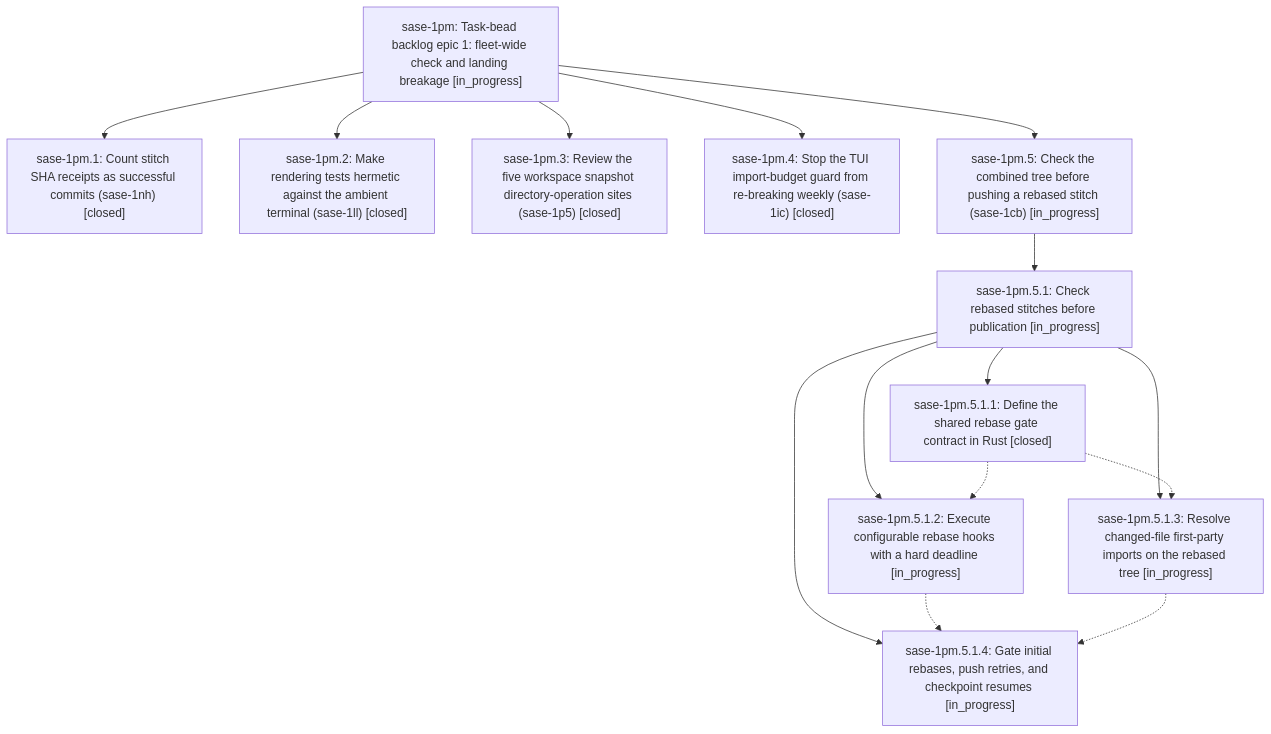
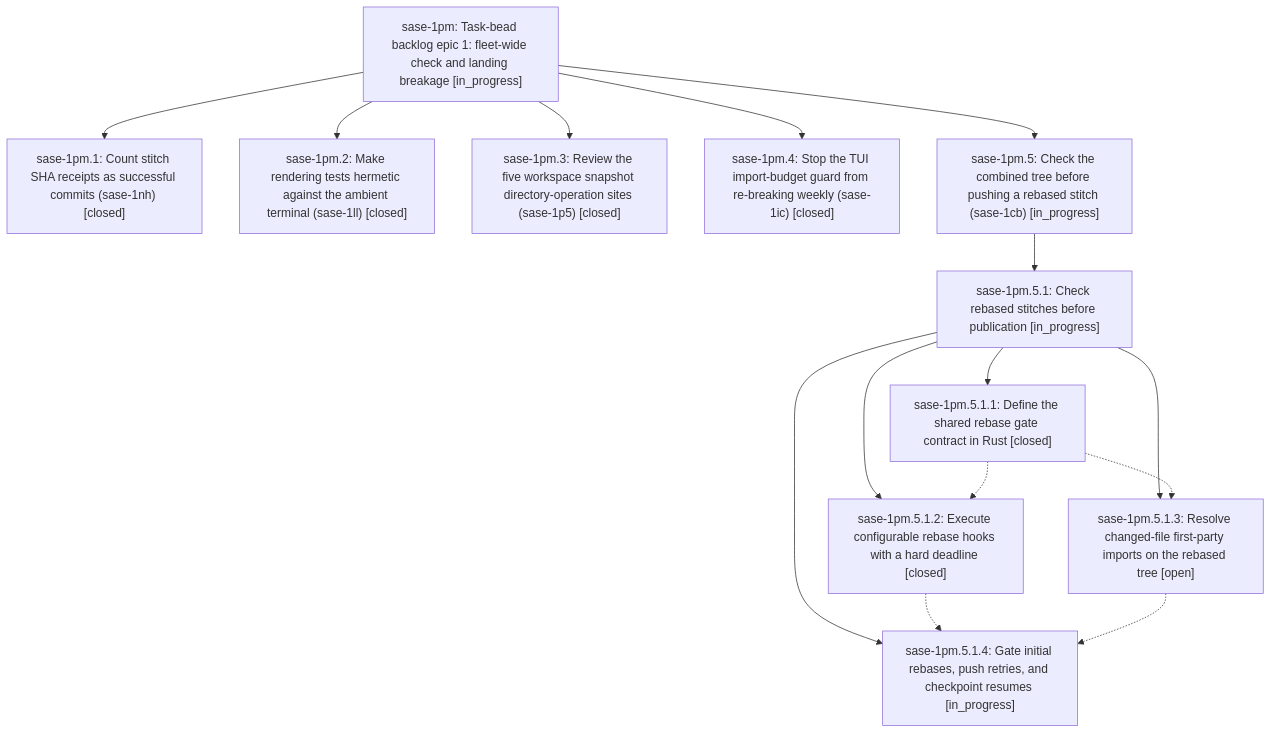
Before and after one commit to sase-org/sase--beads: the diagram in pages/sase-1pm/README.md, drawn with Mermaid. The commit also changed other lines of this file and 4 other files, not shown here.

````diff
--- a/pages/sase-1pm/README.md
+++ b/pages/sase-1pm/README.md
@@ -38,28 +38,28 @@
 ```mermaid
 flowchart TD
     n0["sase-1pm: Task-bead backlog epic 1: fleet-wide check and landing breakage [in_progress]"]
     n1["sase-1pm.1: Count stitch SHA receipts as successful commits (sase-1nh) [closed]"]
     n2["sase-1pm.2: Make rendering tests hermetic against the ambient terminal (sase-1ll) [closed]"]
     n3["sase-1pm.3: Review the five workspace snapshot directory-operation sites (sase-1p5) [closed]"]
     n4["sase-1pm.4: Stop the TUI import-budget guard from re-breaking weekly (sase-1ic) [closed]"]
     n5["sase-1pm.5: Check the combined tree before pushing a rebased stitch (sase-1cb) [in_progress]"]
     n6["sase-1pm.5.1: Check rebased stitches before publication [in_progress]"]
     n7["sase-1pm.5.1.1: Define the shared rebase gate contract in Rust [closed]"]
-    n8["sase-1pm.5.1.2: Execute configurable rebase hooks with a hard deadline [in_progress]"]
-    n9["sase-1pm.5.1.3: Resolve changed-file first-party imports on the rebased tree [in_progress]"]
+    n8["sase-1pm.5.1.2: Execute configurable rebase hooks with a hard deadline [closed]"]
+    n9["sase-1pm.5.1.3: Resolve changed-file first-party imports on the rebased tree [open]"]
     n10["sase-1pm.5.1.4: Gate initial rebases, push retries, and checkpoint resumes [in_progress]"]
     n0 --> n1
     n0 --> n2
     n0 --> n3
     n0 --> n4
     n0 --> n5
     n5 --> n6
     n6 --> n7
     n6 --> n8
     n6 --> n9
     n6 --> n10
     n7 -.-> n8
     n7 -.-> n9
     n8 -.-> n10
     n9 -.-> n10
 ```
````
